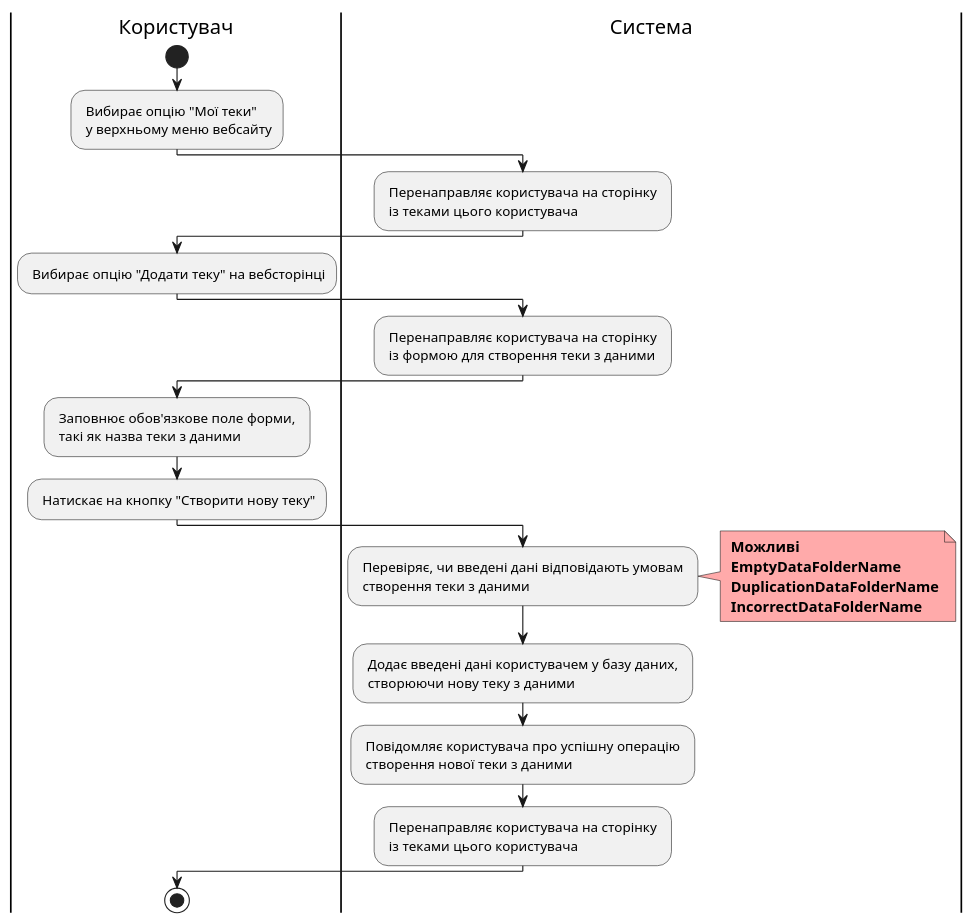
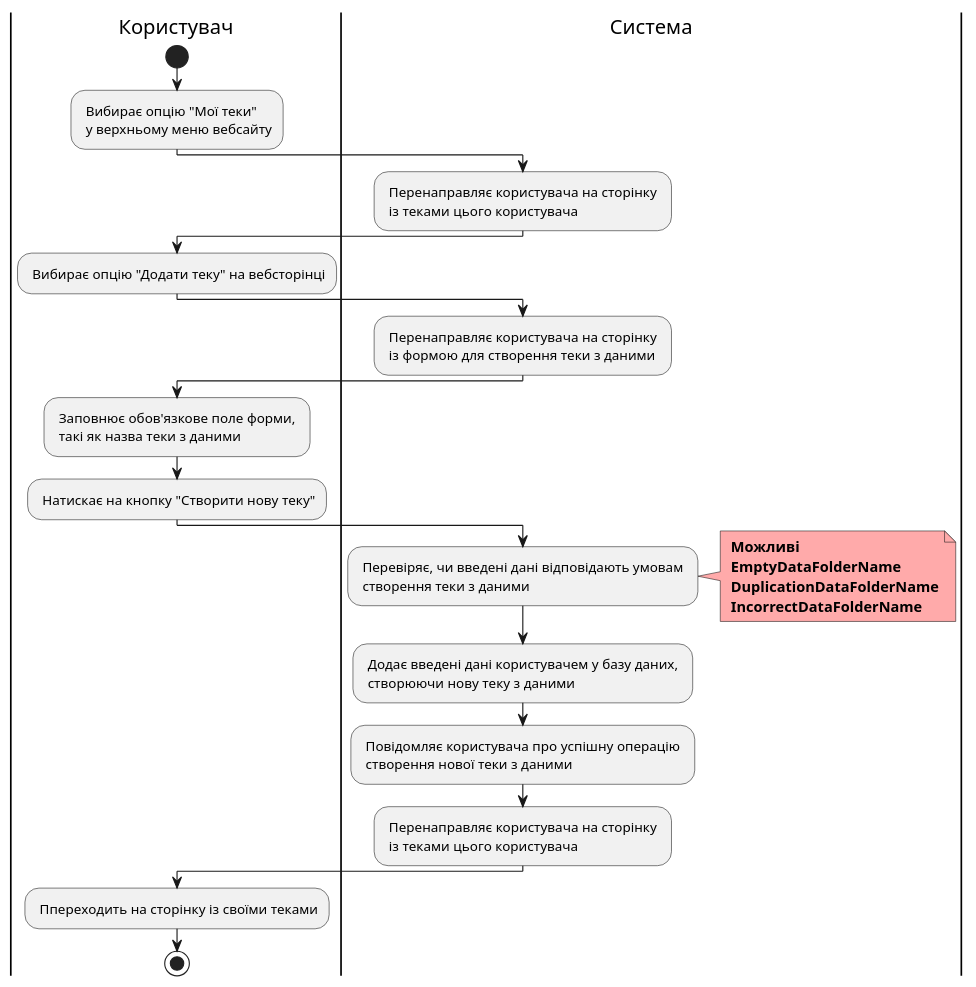
Before and after one commit to edu-db/edu_db_labs: diagram 15 of 23 in docs/use cases/README.md, drawn with PlantUML. The commit also changed 1 other file, not shown here.

Commit message:
fix: CreateDataFolder usage scenario

```diff
--- a/docs/use cases/README.md
+++ b/docs/use cases/README.md
@@ -575,38 +575,39 @@
 @startuml
 
     |Користувач|
     start;
     : Вибирає опцію "Мої теки" \n у верхньому меню вебсайту;
 
     |Система|
     : Перенаправляє користувача на сторінку \n із теками цього користувача;
 
     |Користувач|
     : Вибирає опцію "Додати теку" на вебсторінці;
 
     |Система|
     : Перенаправляє користувача на сторінку \n із формою для створення теки з даними;
 
     |Користувач|
     : Заповнює обов'язкове поле форми, \n такі як назва теки з даними;
     : Натискає на кнопку "Створити нову теку";
 
     |Система|
     : Перевіряє, чи введені дані відповідають умовам \n створення теки з даними;
     note right #ffaaaa
     <b> Можливі
     <b> EmptyDataFolderName
     <b> DuplicationDataFolderName
     <b> IncorrectDataFolderName
     end note
 
     : Додає введені дані користувачем у базу даних, \n створюючи нову теку з даними;
     : Повідомляє користувача про успішну операцію \n створення нової теки з даними;
 
     |Система|
     : Перенаправляє користувача на сторінку \n із теками цього користувача;
 
     |Користувач|
+    : Ппереходить на сторінку із своїми теками;
     stop;
 
 @enduml
```
